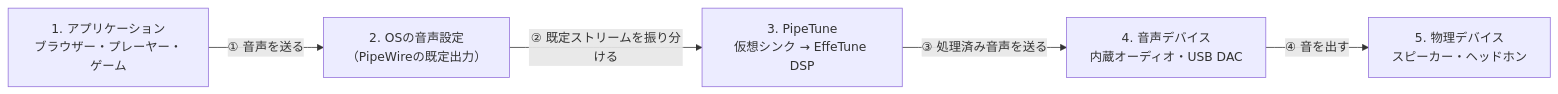
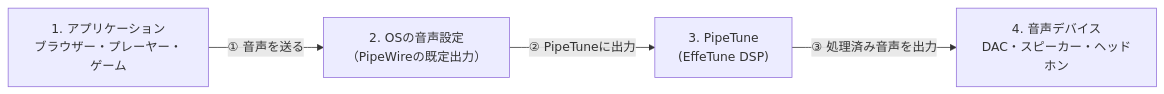
Before and after one commit to kekyo/pipetune: the diagram in README_ja.md, drawn with Mermaid. The commit also changed other lines of this file and 4 other files, not shown here.

````diff
--- a/README_ja.md
+++ b/README_ja.md
@@ -25,13 +100,11 @@
 ```mermaid
 flowchart LR
     app["1. アプリケーション<br/>ブラウザー・プレーヤー・ゲーム"]
     os["2. OSの音声設定<br/>（PipeWireの既定出力）"]
-    tune["3. PipeTune<br/>仮想シンク → EffeTune DSP"]
-    device["4. 音声デバイス<br/>内蔵オーディオ・USB DAC"]
-    physical["5. 物理デバイス<br/>スピーカー・ヘッドホン"]
+    tune["3. PipeTune<br/>(EffeTune DSP)"]
+    device["4. 音声デバイス<br/>DAC・スピーカー・ヘッドホン"]
 
     app -->|"① 音声を送る"| os
-    os -->|"② 既定ストリームを振り分ける"| tune
-    tune -->|"③ 処理済み音声を送る"| device
-    device -->|"④ 音を出す"| physical
+    os -->|"② PipeTuneに出力"| tune
+    tune -->|"③ 処理済み音声を出力"| device
 ```
````
